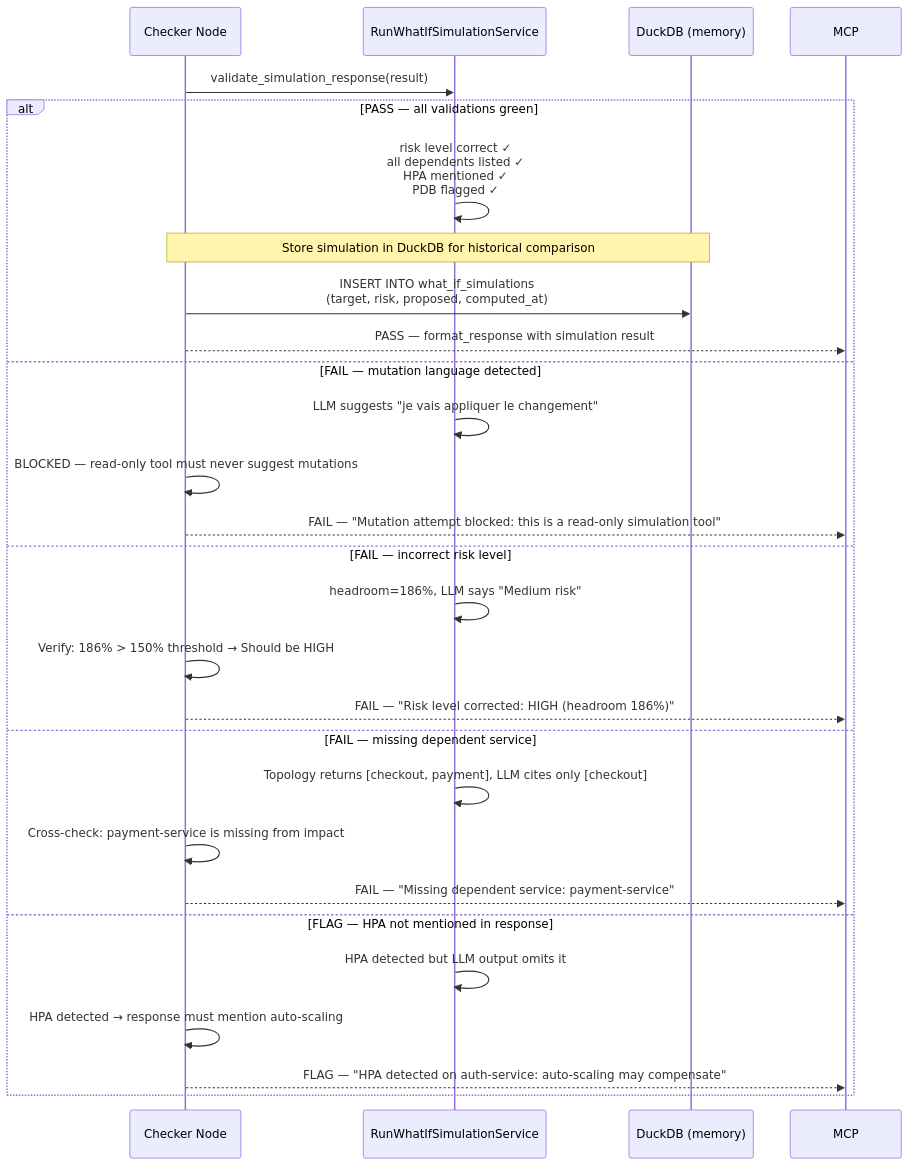
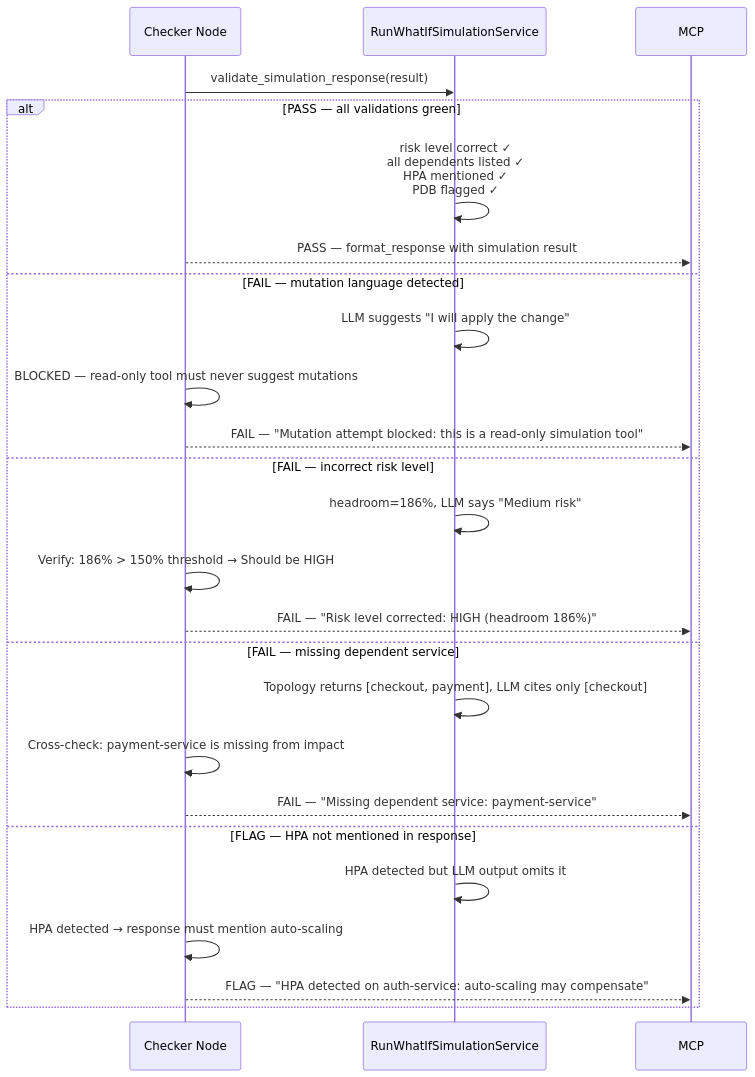
Before and after one commit to hexa-tools/hexawyn: the fourth of 4 diagrams in docs/use-cases/36-run-what-if-simulation.md, drawn with Mermaid. The commit also changed other lines of this file and 53 other files, not shown here.

Commit message:
chore: refactor diagram

````diff
--- a/docs/use-cases/36-run-what-if-simulation.md
+++ b/docs/use-cases/36-run-what-if-simulation.md
@@ -162,33 +162,30 @@
 ```mermaid
 sequenceDiagram
     participant Checker as Checker Node
     participant Svc as RunWhatIfSimulationService
-    participant DuckDB as DuckDB (memory)
 
     Checker->>Svc: validate_simulation_response(result)
 
     alt PASS — all validations green
         Svc->>Svc: risk level correct ✓<br/>all dependents listed ✓<br/>HPA mentioned ✓<br/>PDB flagged ✓
-        Note over Checker,DuckDB: Store simulation in DuckDB for historical comparison
-        Checker->>DuckDB: INSERT INTO what_if_simulations<br/>(target, risk, proposed, computed_at)
 
         Checker-->>MCP: PASS — format_response with simulation result
     else FAIL — mutation language detected
-        Svc->>Svc: LLM suggests "je vais appliquer le changement"
+        Svc->>Svc: LLM suggests "I will apply the change"
         Checker->>Checker: BLOCKED — read-only tool must never suggest mutations
 
         Checker-->>MCP: FAIL — "Mutation attempt blocked: this is a read-only simulation tool"
     else FAIL — incorrect risk level
         Svc->>Svc: headroom=186%, LLM says "Medium risk"
         Checker->>Checker: Verify: 186% > 150% threshold → Should be HIGH
         Checker-->>MCP: FAIL — "Risk level corrected: HIGH (headroom 186%)"
     else FAIL — missing dependent service
         Svc->>Svc: Topology returns [checkout, payment], LLM cites only [checkout]
         Checker->>Checker: Cross-check: payment-service is missing from impact
         Checker-->>MCP: FAIL — "Missing dependent service: payment-service"
     else FLAG — HPA not mentioned in response
         Svc->>Svc: HPA detected but LLM output omits it
         Checker->>Checker: HPA detected → response must mention auto-scaling
         Checker-->>MCP: FLAG — "HPA detected on auth-service: auto-scaling may compensate"
     end
 ```
````
